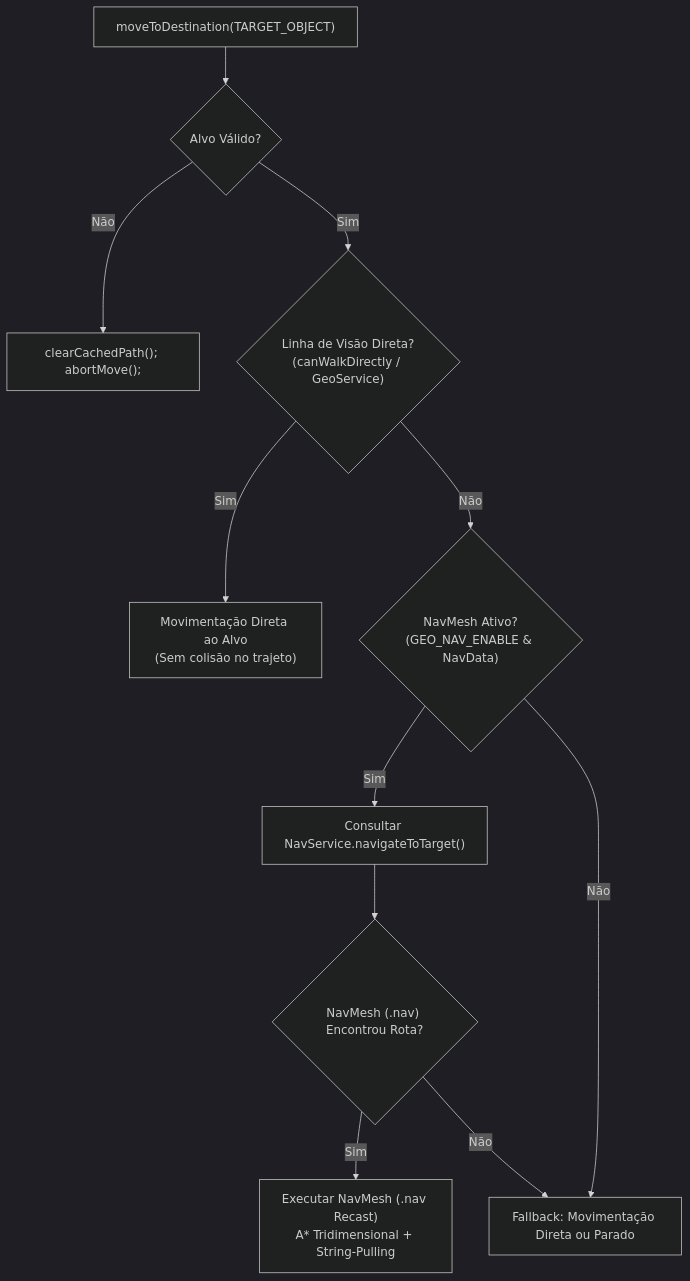
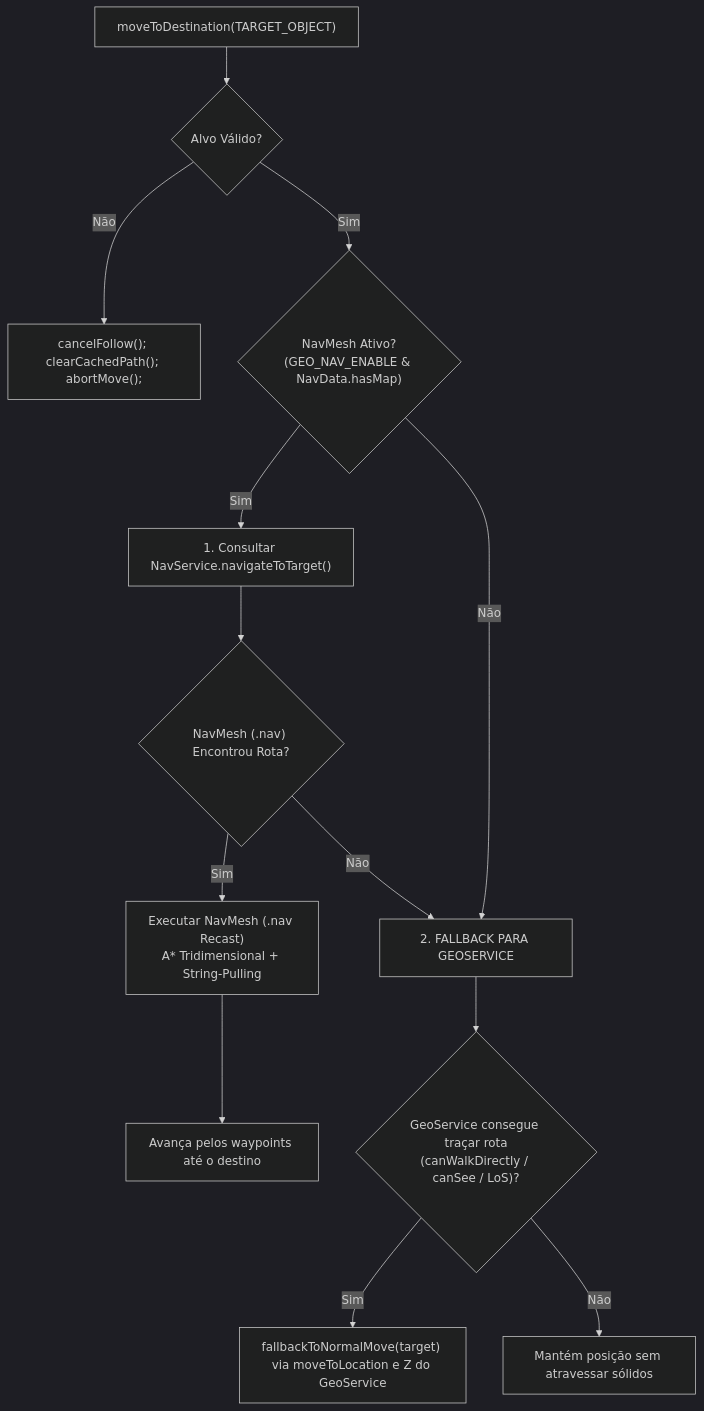
Before and after one commit to kamidaki/aion-classic-5.0: the diagram in Código Fonte - Emulador/game-server/src/com/aionemu/gameserver/controllers/movement/README.md, drawn with Mermaid (dark theme). The commit also changed other lines of this file and 12 other files, not shown here.

Commit message:
feat(navmesh): prioridade estrita navmesh com fallback geoservice, sinergia bidirecional e desativacao total eleanor

````diff
--- a/Código Fonte - Emulador/game-server/src/com/aionemu/gameserver/controllers/movement/README.md
+++ b/Código Fonte - Emulador/game-server/src/com/aionemu/gameserver/controllers/movement/README.md
@@ -7,19 +7,19 @@
 ```mermaid
 flowchart TD
     Start["moveToDestination(TARGET_OBJECT)"] --> CheckTarget{"Alvo Válido?"}
-    CheckTarget -- Não --> Cancel["clearCachedPath(); abortMove();"]
-    CheckTarget -- Sim --> CheckLOS{"Linha de Visão Direta?<br/>(canWalkDirectly / GeoService)"}
+    CheckTarget -- Não --> Cancel["cancelFollow(); clearCachedPath(); abortMove();"]
+    CheckTarget -- Sim --> CheckNav{"NavMesh Ativo?<br/>(GEO_NAV_ENABLE & NavData.hasMap)"}
 
-    %% CAMADA DIRETA
-    CheckLOS -- Sim --> MoveDirect["Movimentação Direta ao Alvo<br/>(Sem colisão no trajeto)"]
-
-    %% CAMADA NAVMESH (.NAV)
-    CheckLOS -- Não --> CheckNav{"NavMesh Ativo?<br/>(GEO_NAV_ENABLE & NavData)"}
-    CheckNav -- Sim --> NavQuery["Consultar NavService.navigateToTarget()"]
+    %% CAMADA 1: NAVMESH (.NAV)
+    CheckNav -- Sim --> NavQuery["1. Consultar NavService.navigateToTarget()"]
     NavQuery --> NavSuccess{"NavMesh (.nav) Encontrou Rota?"}
     NavSuccess -- Sim --> ExecNav["Executar NavMesh (.nav Recast)<br/>A* Tridimensional + String-Pulling"]
+    ExecNav --> Finish["Avança pelos waypoints até o destino"]
 
-    %% FALLBACK
-    CheckNav -- Não --> FallbackDirect["Fallback: Movimentação Direta ou Parado"]
-    NavSuccess -- Não --> FallbackDirect
+    %% CAMADA 2: FALLBACK GEOSERVICE (Vanilla / Colisão Física)
+    CheckNav -- Não --> TryGeo["2. FALLBACK PARA GEOSERVICE"]
+    NavSuccess -- Não --> TryGeo
+    TryGeo --> GeoCheck{"GeoService consegue traçar rota<br/>(canWalkDirectly / canSee / LoS)?"}
+    GeoCheck -- Sim --> ExecGeo["fallbackToNormalMove(target) via moveToLocation e Z do GeoService"]
+    GeoCheck -- Não --> Abort["Mantém posição sem atravessar sólidos"]
 ```
````
